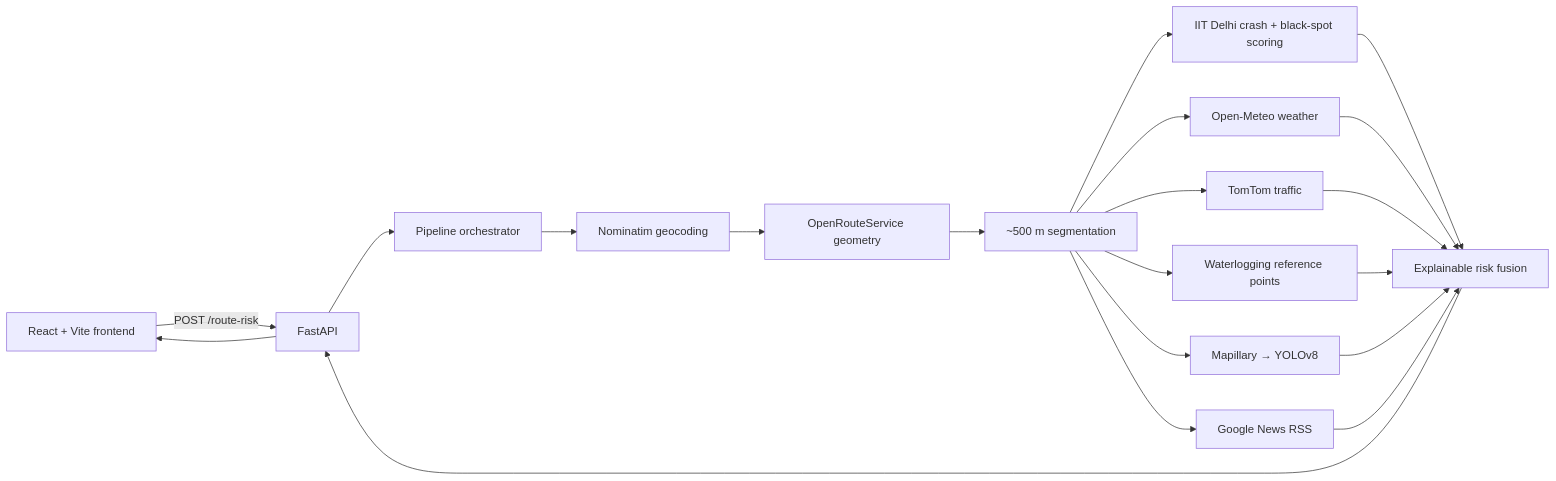
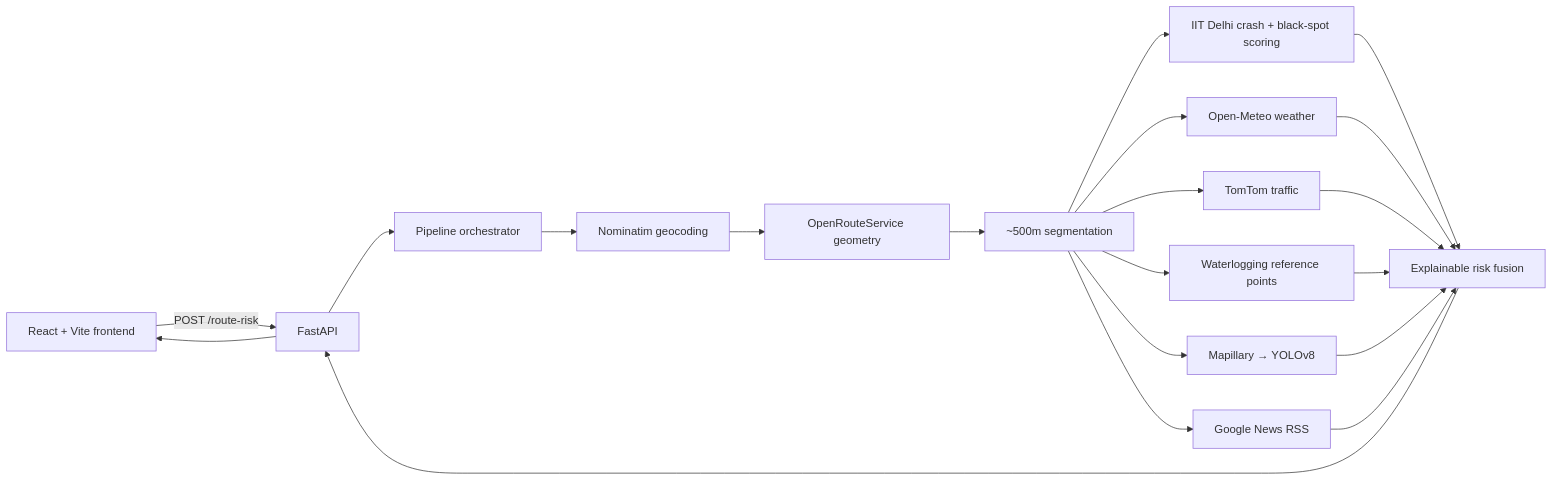
One commit to alizahh-7/SafeRoute changed the diagram in README.md. Above: the diagram before and after it, drawn with Mermaid. The commit also changed other lines of this file, not shown here.

````diff
--- a/README.md
+++ b/README.md
@@ -43,22 +45,22 @@
 ```mermaid
 flowchart LR
   A[React + Vite frontend] -->|POST /route-risk| B[FastAPI]
   B --> C[Pipeline orchestrator]
   C --> D[Nominatim geocoding]
   D --> E[OpenRouteService geometry]
-  E --> F[~500 m segmentation]
+  E --> F[~500m segmentation]
   F --> G[IIT Delhi crash + black-spot scoring]
   F --> H[Open-Meteo weather]
   F --> I[TomTom traffic]
   F --> J[Waterlogging reference points]
   F --> K[Mapillary → YOLOv8]
   F --> L[Google News RSS]
   G --> M[Explainable risk fusion]
   H --> M
   I --> M
   J --> M
   K --> M
   L --> M
   M --> B
   B --> A
 ```
````
